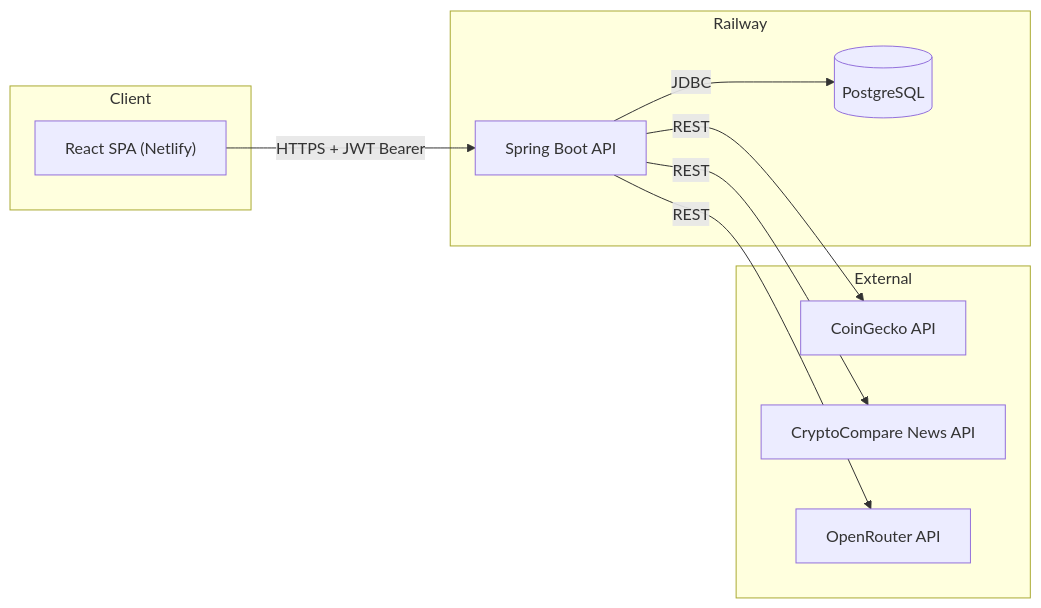
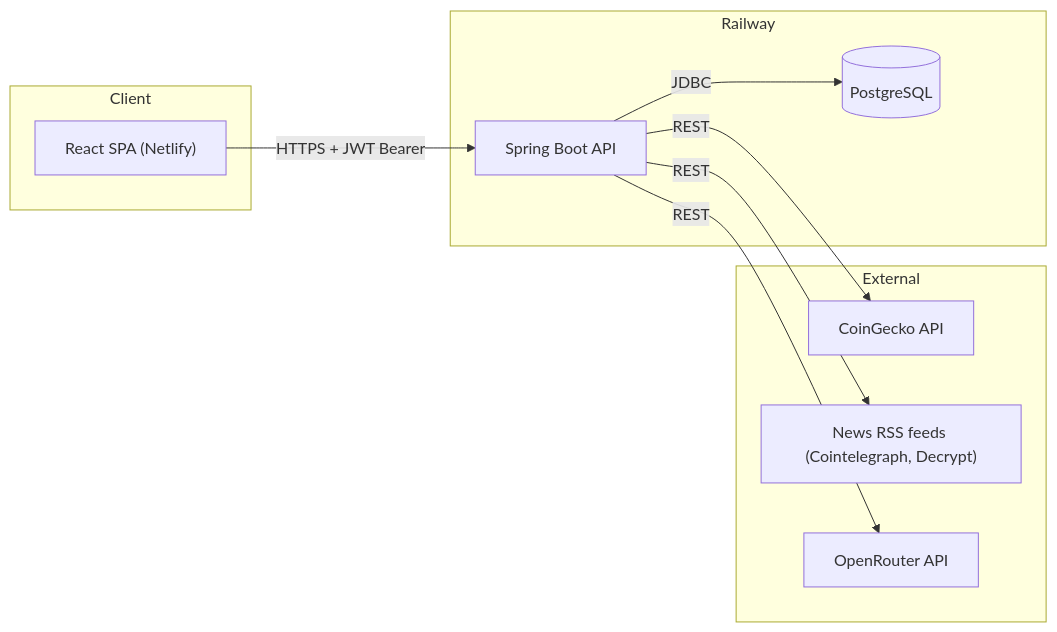
Before and after one commit to DavidSalmon13/AI-Crypto-Advisor: the first of 3 diagrams in specs.md, drawn with Mermaid. The commit also changed other lines of this file and 10 other files, not shown here.

First line of the commit message:
Replace CryptoCompare news provider with free RSS feeds

````diff
--- a/specs.md
+++ b/specs.md
@@ -68,21 +68,21 @@
 ```mermaid
 flowchart LR
     subgraph Client
         FE["React SPA (Netlify)"]
     end
     subgraph Server["Railway"]
         BE["Spring Boot API"]
         DB[(PostgreSQL)]
     end
     subgraph External
         CG["CoinGecko API"]
-        CC["CryptoCompare News API"]
+        CC["News RSS feeds (Cointelegraph, Decrypt)"]
         OR["OpenRouter API"]
     end
 
     FE -- "HTTPS + JWT Bearer" --> BE
     BE -- JDBC --> DB
     BE -- REST --> CG
     BE -- REST --> CC
     BE -- REST --> OR
 ```
````
